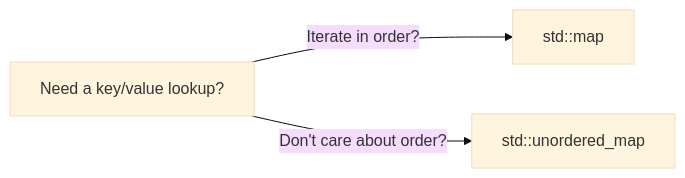
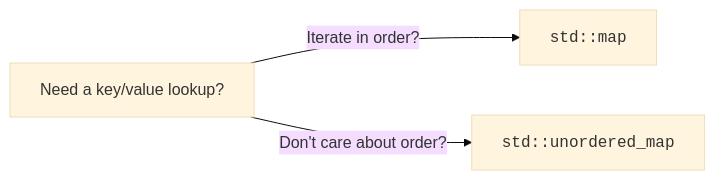
Before and after one commit to dataslope/dataslope: the diagram in content/learn/from-zero-to-cpp/data-structures-intuition.mdx, drawn with Mermaid (base theme). The commit also changed 153 other files, not shown here.

First line of the commit message:
Render code-only mermaid shapes in monospace; convert step sequences to Steps

````diff
--- a/content/learn/from-zero-to-cpp/data-structures-intuition.mdx
+++ b/content/learn/from-zero-to-cpp/data-structures-intuition.mdx
@@ -83,6 +83,6 @@
 ```mermaid
 flowchart LR
     Q[Need a key/value lookup?]
-    Q -- "Iterate in order?" --> M[std::map]
-    Q -- "Don't care about order?" --> UM[std::unordered_map]
+    Q -- "Iterate in order?" --> M["<code>std::map</code>"]
+    Q -- "Don't care about order?" --> UM["<code>std::unordered_map</code>"]
 ```
````
